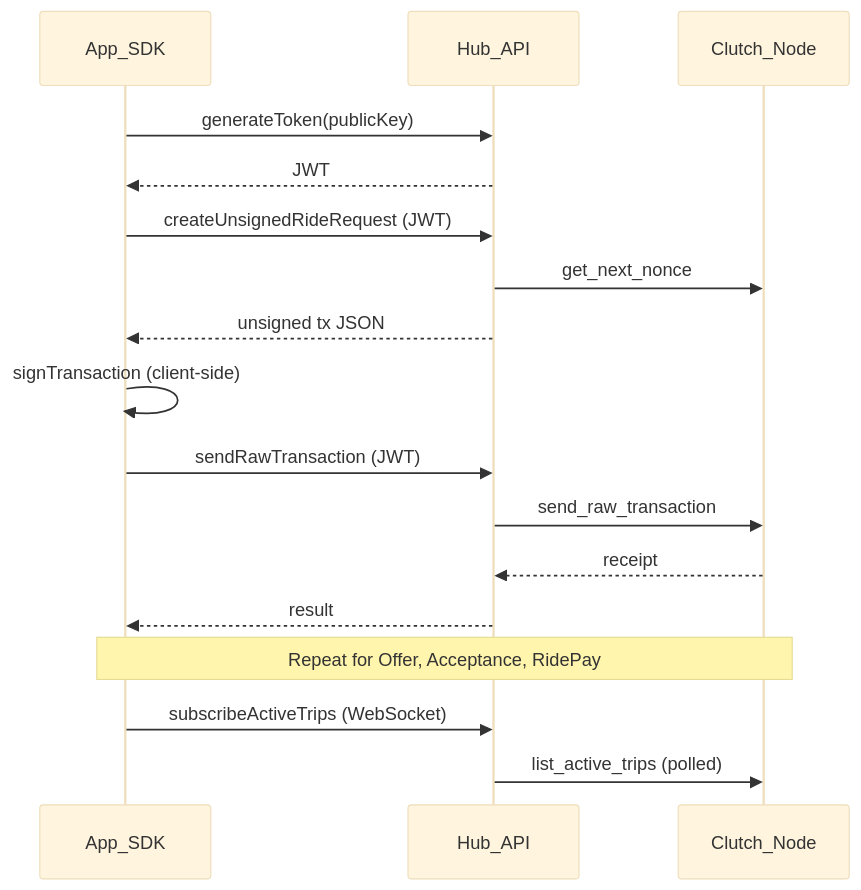
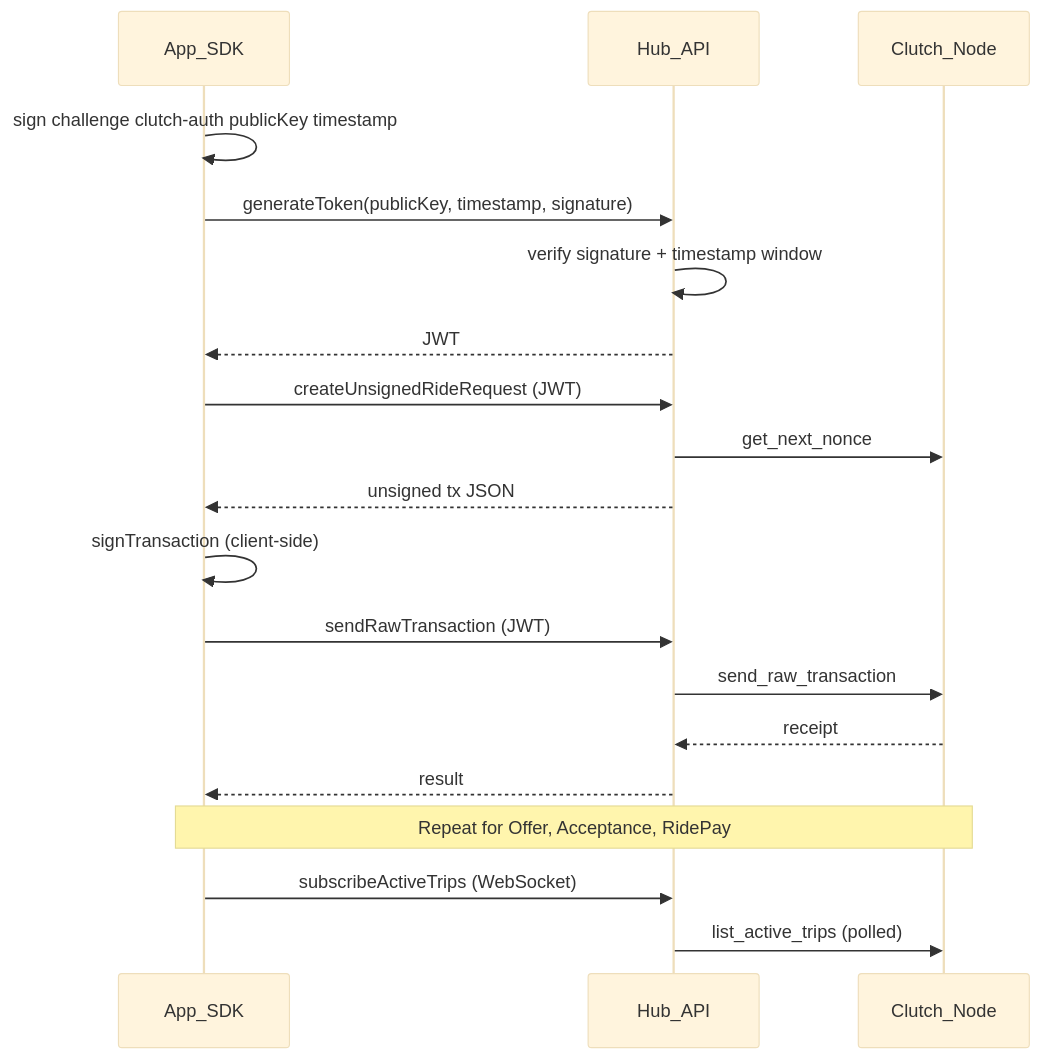
The diagram in docs/reference/transaction-flow.md (clutchprotocol/clutch-docs), drawn with Mermaid (base theme) before and after one commit. The commit also changed 9 other files, not shown here.

First line of the commit message:
docs: document generateToken signed-challenge auth flow

````diff
--- a/docs/reference/transaction-flow.md
+++ b/docs/reference/transaction-flow.md
@@ -32,20 +32,22 @@
 ```mermaid
 sequenceDiagram
     participant App as App_SDK
     participant Hub as Hub_API
     participant Node as Clutch_Node
 
-    App->>Hub: generateToken(publicKey)
+    App->>App: sign challenge clutch-auth publicKey timestamp
+    App->>Hub: generateToken(publicKey, timestamp, signature)
+    Hub->>Hub: verify signature + timestamp window
     Hub-->>App: JWT
     App->>Hub: createUnsignedRideRequest (JWT)
     Hub->>Node: get_next_nonce
     Hub-->>App: unsigned tx JSON
     App->>App: signTransaction (client-side)
     App->>Hub: sendRawTransaction (JWT)
     Hub->>Node: send_raw_transaction
     Node-->>Hub: receipt
     Hub-->>App: result
     Note over App,Node: Repeat for Offer, Acceptance, RidePay
     App->>Hub: subscribeActiveTrips (WebSocket)
     Hub->>Node: list_active_trips (polled)
 ```
````
